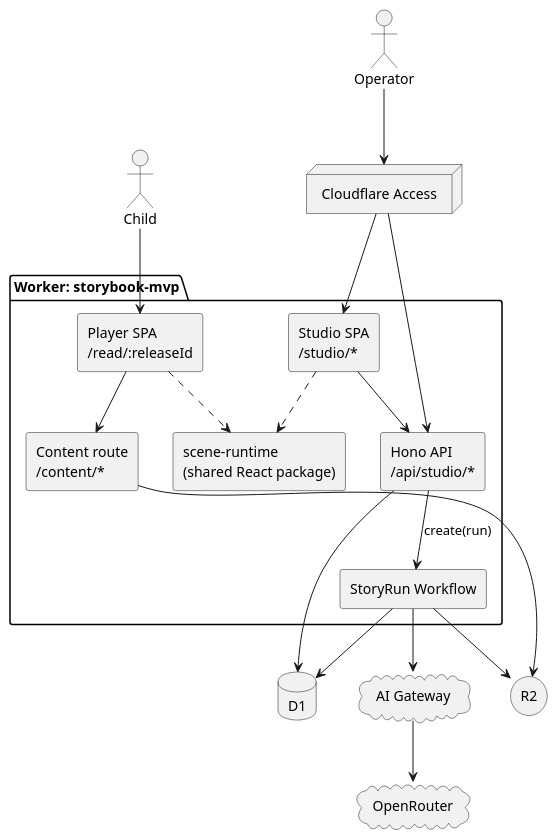
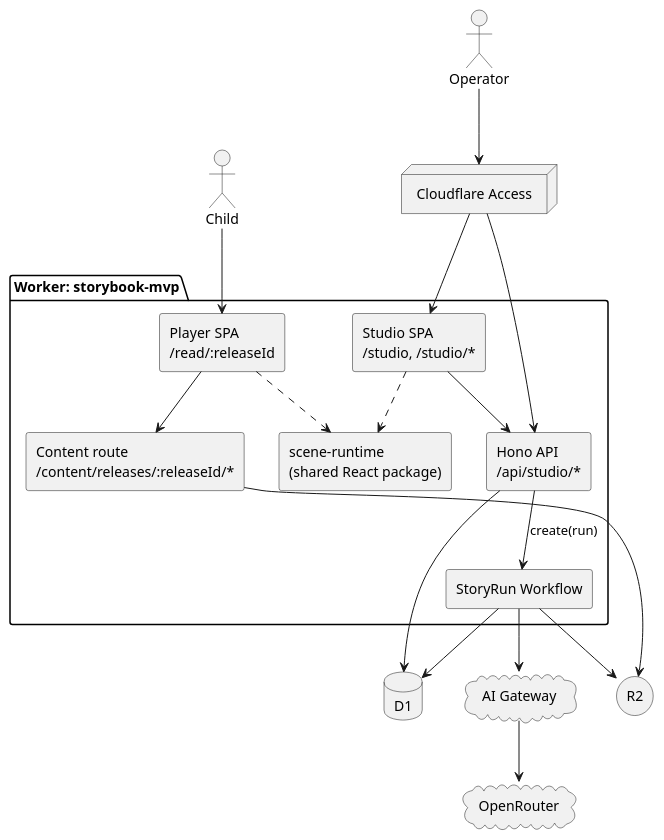
One commit to sem-baby-cmu/goodnight-ai-news changed the first of 2 diagrams in docs/specs/storybook-mvp/design.md. Above: the diagram before and after it, drawn with PlantUML. The commit also changed other lines of this file and 3 other files, not shown here.

````diff
--- a/docs/specs/storybook-mvp/design.md
+++ b/docs/specs/storybook-mvp/design.md
@@ -42,38 +47,38 @@
 ```plantuml
 @startuml
 skinparam componentStyle rectangle
 actor Operator
 actor Child
 
 package "Worker: storybook-mvp" {
-  [Studio SPA\n/studio/*] as Studio
+  [Studio SPA\n/studio, /studio/*] as Studio
   [Player SPA\n/read/:releaseId] as Player
   [Hono API\n/api/studio/*] as API
-  [Content route\n/content/*] as Content
+  [Content route\n/content/releases/:releaseId/*] as Content
   [StoryRun Workflow] as WF
   [scene-runtime\n(shared React package)] as Runtime
 }
 
 database "D1" as D1
 storage "R2" as R2
 cloud "AI Gateway" as GW
 cloud "OpenRouter" as OR
 node "Cloudflare Access" as Access
 
 Operator --> Access
 Access --> Studio
 Access --> API
 Child --> Player
 Studio ..> Runtime
 Player ..> Runtime
 Studio --> API
 API --> D1
 API --> WF : create(run)
 WF --> D1
 WF --> R2
 WF --> GW
 GW --> OR
 Player --> Content
 Content --> R2
 @enduml
 ```
````
